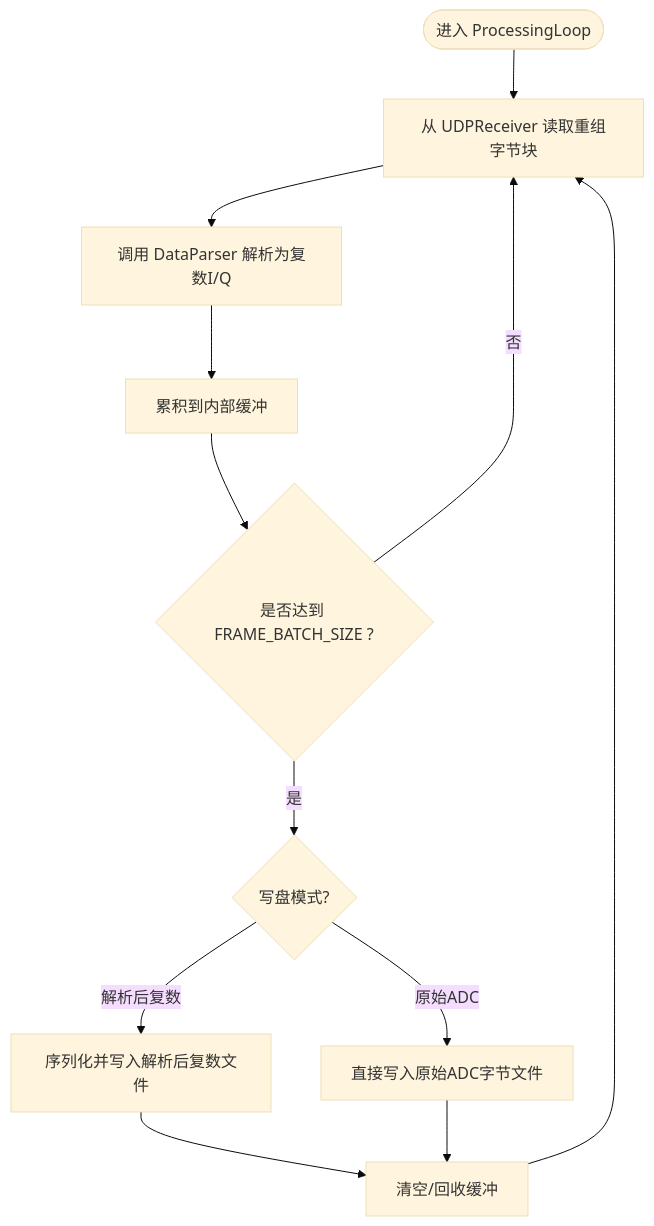
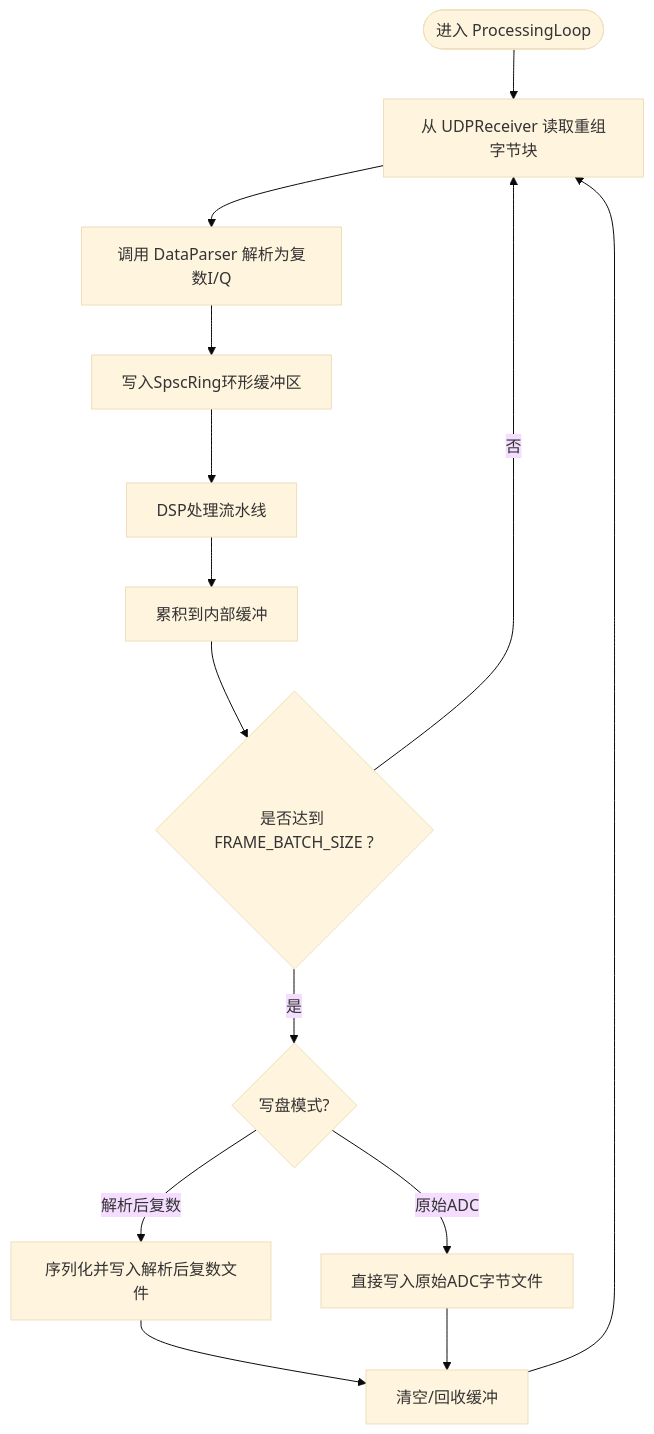
The third of 9 diagrams in .qoder/repowiki/zh/content/实时处理流水线与数据流.md (Lukad77/awr1843-radar-toolkit), drawn with Mermaid (base theme) before and after one commit. The commit also changed other lines of this file and 5 other files, not shown here.

````diff
--- a/.qoder/repowiki/zh/content/实时处理流水线与数据流.md
+++ b/.qoder/repowiki/zh/content/实时处理流水线与数据流.md
@@ -128,14 +191,16 @@
 ```mermaid
 flowchart TD
 Start(["进入 ProcessingLoop"]) --> ReadUDP["从 UDPReceiver 读取重组字节块"]
 ReadUDP --> Parse["调用 DataParser 解析为复数I/Q"]
-Parse --> Accumulate["累积到内部缓冲"]
+Parse --> RingBuffer["写入SpscRing环形缓冲区"]
+RingBuffer --> ProcessPipeline["DSP处理流水线"]
+ProcessPipeline --> Accumulate["累积到内部缓冲"]
 Accumulate --> Check{"是否达到 FRAME_BATCH_SIZE ?"}
 Check --> |否| ReadUDP
 Check --> |是| Mode{"写盘模式?"}
 Mode --> |解析后复数| WriteParsed["序列化并写入解析后复数文件"]
 Mode --> |原始ADC| WriteRaw["直接写入原始ADC字节文件"]
 WriteParsed --> ClearBuf["清空/回收缓冲"]
 WriteRaw --> ClearBuf
 ClearBuf --> ReadUDP
 ```
````
